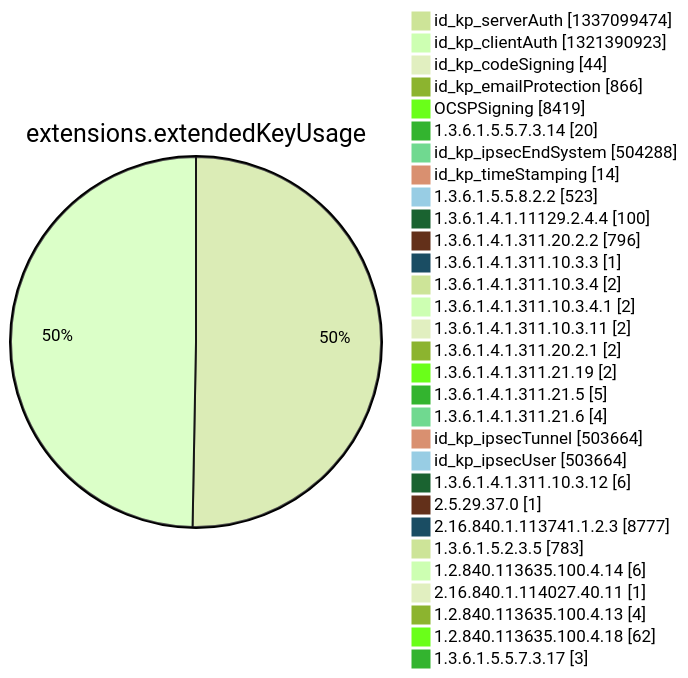
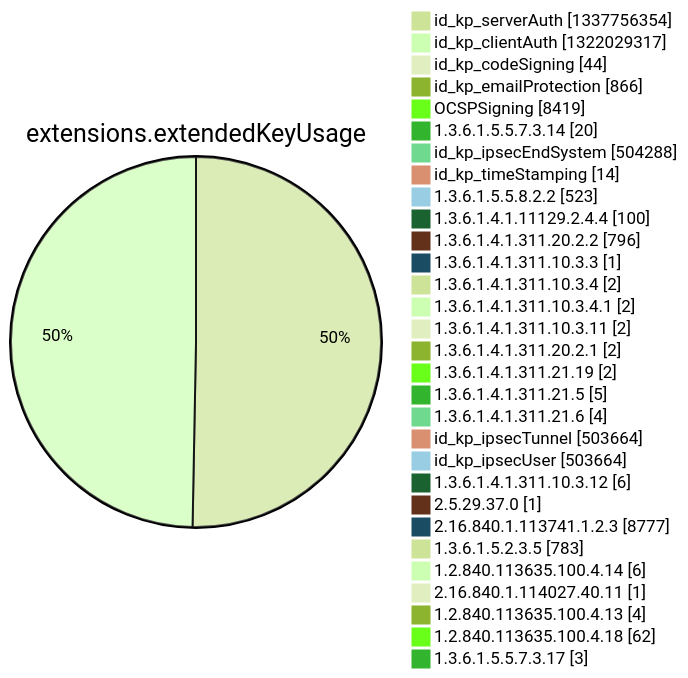
Before and after one commit to christiankrug/ctmonitor_visualization: diagram 12 of 15 in argon2022/README.md, drawn with Mermaid (forest theme). The commit also changed other lines of this file, not shown here.

````diff
--- a/argon2022/README.md
+++ b/argon2022/README.md
@@ -3553,34 +3553,34 @@
 ```mermaid
 pie showData
 title extensions.extendedKeyUsage
-"id_kp_serverAuth" :1337099474
-"id_kp_clientAuth" :1321390923
+"id_kp_serverAuth" :1337756354
+"id_kp_clientAuth" :1322029317
 "id_kp_codeSigning" :44
 "id_kp_emailProtection" :866
 "OCSPSigning" :8419
 "1.3.6.1.5.5.7.3.14" :20
 "id_kp_ipsecEndSystem" :504288
 "id_kp_timeStamping" :14
 "1.3.6.1.5.5.8.2.2" :523
 "1.3.6.1.4.1.11129.2.4.4" :100
 "1.3.6.1.4.1.311.20.2.2" :796
 "1.3.6.1.4.1.311.10.3.3" :1
 "1.3.6.1.4.1.311.10.3.4" :2
 "1.3.6.1.4.1.311.10.3.4.1" :2
 "1.3.6.1.4.1.311.10.3.11" :2
 "1.3.6.1.4.1.311.20.2.1" :2
 "1.3.6.1.4.1.311.21.19" :2
 "1.3.6.1.4.1.311.21.5" :5
 "1.3.6.1.4.1.311.21.6" :4
 "id_kp_ipsecTunnel" :503664
 "id_kp_ipsecUser" :503664
 "1.3.6.1.4.1.311.10.3.12" :6
 "2.5.29.37.0" :1
 "2.16.840.1.113741.1.2.3" :8777
 "1.3.6.1.5.2.3.5" :783
 "1.2.840.113635.100.4.14" :6
 "2.16.840.1.114027.40.11" :1
 "1.2.840.113635.100.4.13" :4
 "1.2.840.113635.100.4.18" :62
 "1.3.6.1.5.5.7.3.17" :3
 ```
````
